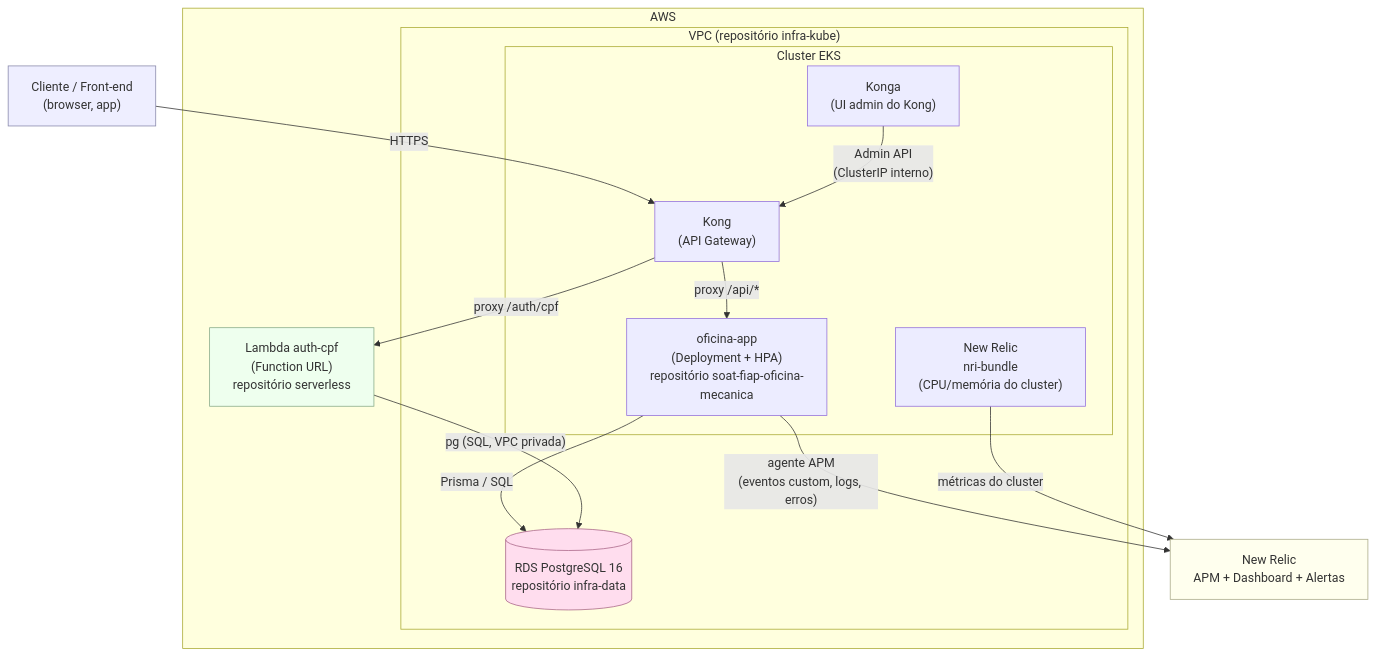
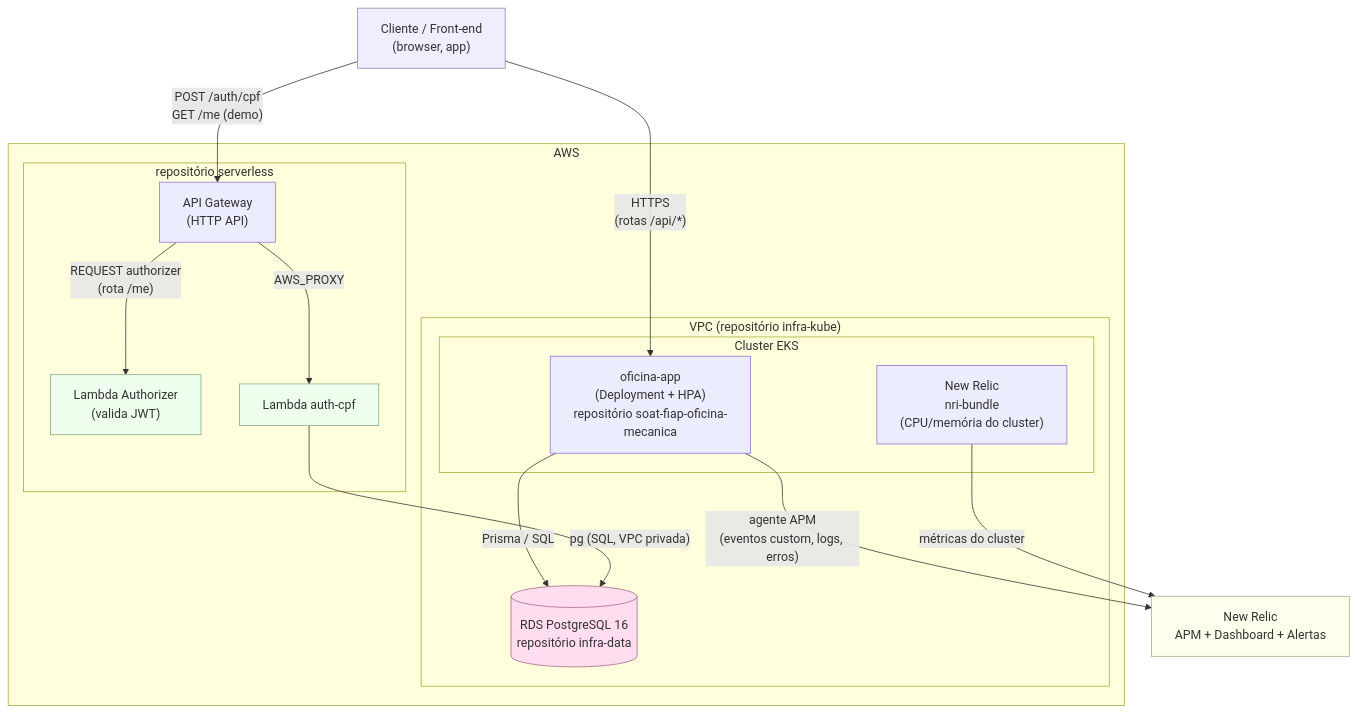
One commit to arodri19/soat-fiap-oficina-mecanica changed the diagram in docs/architecture/diagrama-componentes.md. Above: the diagram before and after it, drawn with Mermaid. The commit also changed other lines of this file and 6 other files, not shown here.

First line of the commit message:
docs: registra a troca de Kong por AWS API Gateway (ADR 0006)

````diff
--- a/docs/architecture/diagrama-componentes.md
+++ b/docs/architecture/diagrama-componentes.md
@@ -6,35 +6,38 @@
 ```mermaid
 flowchart TB
     client["Cliente / Front-end<br/>(browser, app)"]
 
     subgraph AWS["AWS"]
         subgraph VPC["VPC (repositório infra-kube)"]
             subgraph EKS["Cluster EKS"]
-                kong["Kong<br/>(API Gateway)"]
-                konga["Konga<br/>(UI admin do Kong)"]
                 app["oficina-app<br/>(Deployment + HPA)<br/>repositório soat-fiap-oficina-mecanica"]
                 nrk8s["New Relic<br/>nri-bundle<br/>(CPU/memória do cluster)"]
             end
             rds[("RDS PostgreSQL 16<br/>repositório infra-data")]
         end
-        lambda["Lambda auth-cpf<br/>(Function URL)<br/>repositório serverless"]
+        subgraph GWStack["repositório serverless"]
+            apigw["API Gateway<br/>(HTTP API)"]
+            authorizer["Lambda Authorizer<br/>(valida JWT)"]
+            lambda["Lambda auth-cpf"]
+        end
     end
 
     newrelic["New Relic<br/>APM + Dashboard + Alertas"]
 
-    client -- "HTTPS" --> kong
-    kong -- "proxy /api/*" --> app
-    kong -- "proxy /auth/cpf" --> lambda
-    konga -- "Admin API<br/>(ClusterIP interno)" --> kong
+    client -- "HTTPS<br/>(rotas /api/*)" --> app
+    client -- "POST /auth/cpf<br/>GET /me (demo)" --> apigw
+    apigw -- "AWS_PROXY" --> lambda
+    apigw -- "REQUEST authorizer<br/>(rota /me)" --> authorizer
 
     app -- "Prisma / SQL" --> rds
     lambda -- "pg (SQL, VPC privada)" --> rds
 
     app -- "agente APM<br/>(eventos custom, logs, erros)" --> newrelic
     nrk8s -- "métricas do cluster" --> newrelic
 
     style client fill:#eef,stroke:#88a
     style rds fill:#fde,stroke:#a68
     style lambda fill:#efe,stroke:#8a8
+    style authorizer fill:#efe,stroke:#8a8
     style newrelic fill:#ffe,stroke:#aa8
 ```
````
